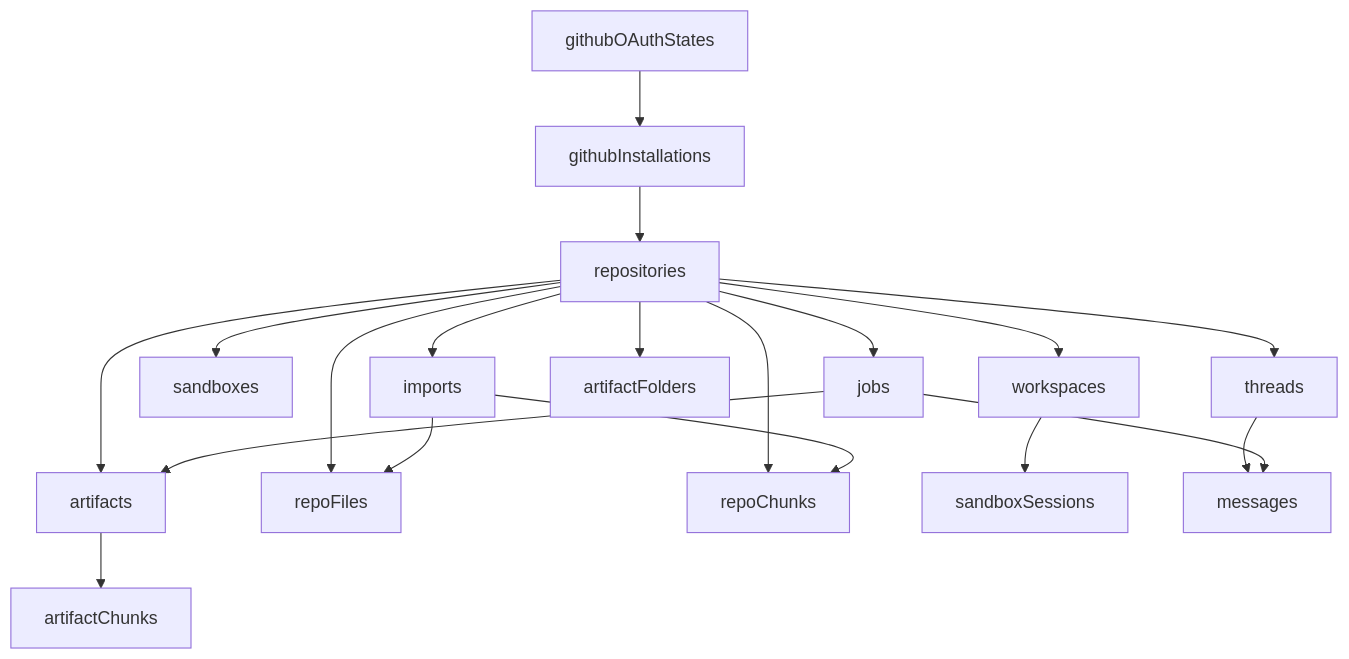
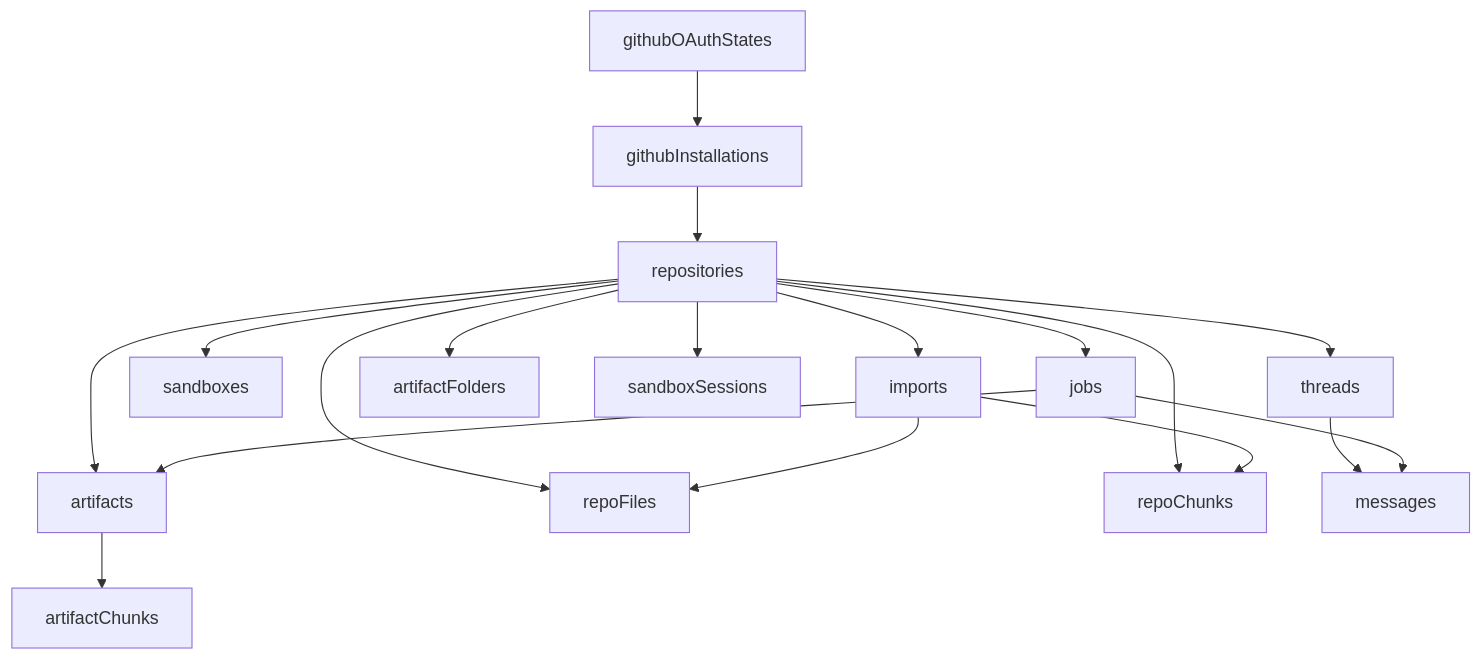
One commit to EricTsai83/systify changed the diagram in docs/domain-and-data-model.md. Above: the diagram before and after it, drawn with Mermaid. The commit also changed other lines of this file and 21 other files, not shown here.

````diff
--- a/docs/domain-and-data-model.md
+++ b/docs/domain-and-data-model.md
@@ -32,37 +32,35 @@
 ```mermaid
 flowchart TD
   Repository[repositories]
   Import[imports]
   Sandbox[sandboxes]
   Job[jobs]
   Artifact[artifacts]
   RepoFile[repoFiles]
   RepoChunk[repoChunks]
-  Workspace[workspaces]
   ArtifactFolder[artifactFolders]
   ArtifactChunk[artifactChunks]
   SandboxSession[sandboxSessions]
   Thread[threads]
   Message[messages]
   Installation[githubInstallations]
   OAuthState[githubOAuthStates]
 
   Repository --> Import
   Repository --> Sandbox
   Repository --> Job
   Repository --> Artifact
   Repository --> RepoFile
   Repository --> RepoChunk
-  Repository --> Workspace
   Repository --> ArtifactFolder
+  Repository --> SandboxSession
+  Repository --> Thread
   Artifact --> ArtifactChunk
-  Workspace --> SandboxSession
-  Repository --> Thread
   Thread --> Message
   Import --> RepoFile
   Import --> RepoChunk
   Job --> Artifact
   Job --> Message
   Installation --> Repository
   OAuthState --> Installation
 ```
````
